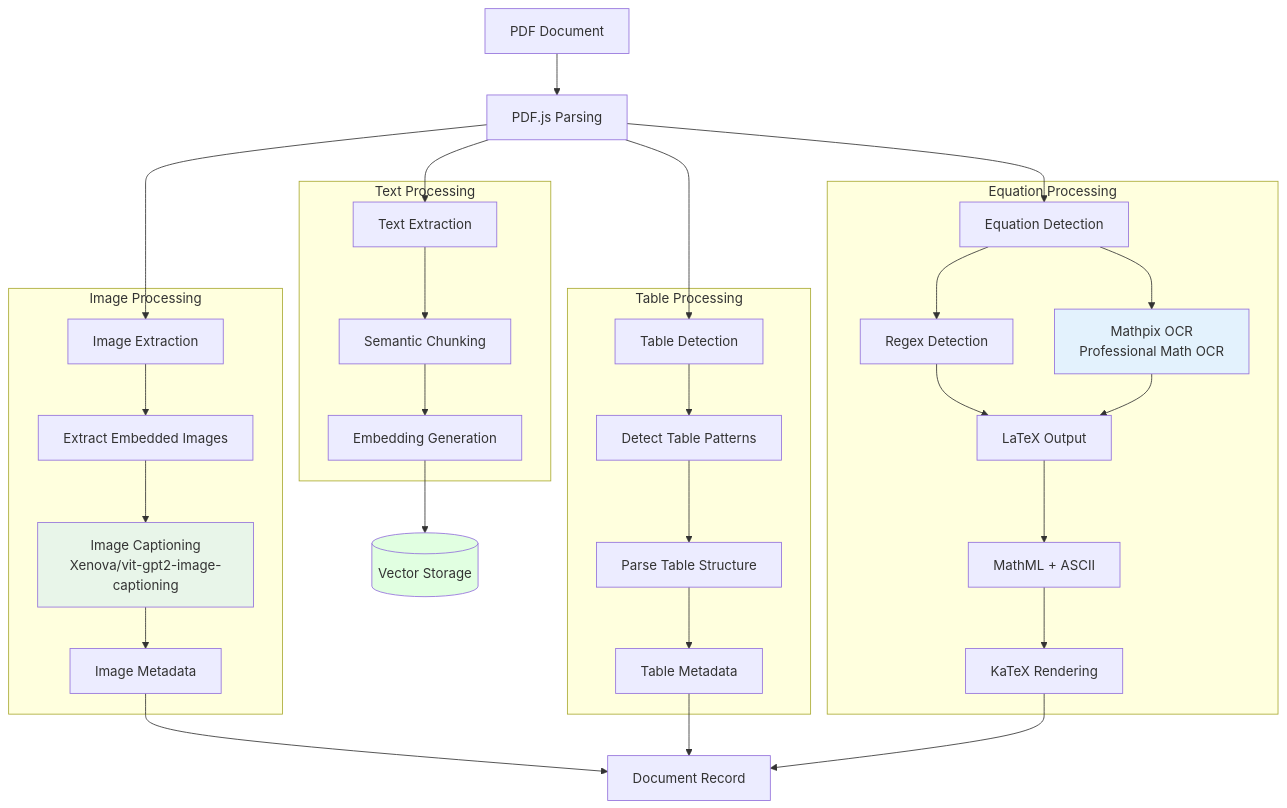
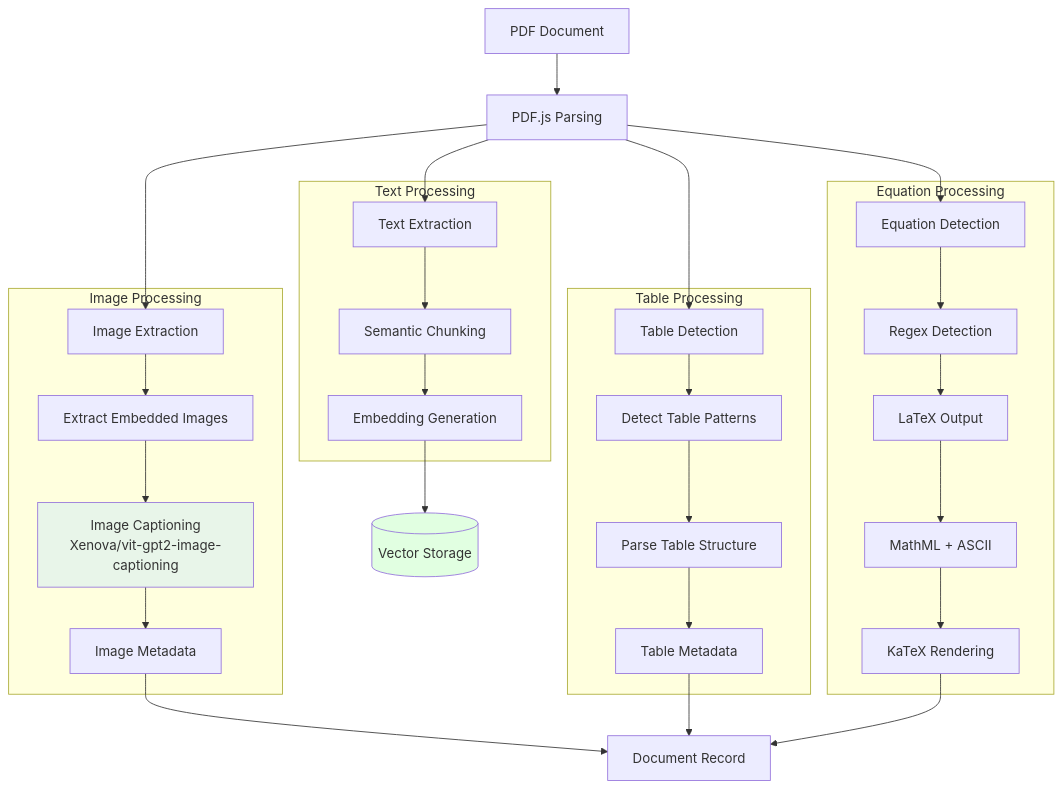
Before and after one commit to Kedhareswer/QuantumPDF_ChatApp_VectorDB: the seventh of 14 diagrams in docs/ARCHITECTURE_FLOWS.md, drawn with Mermaid. The commit also changed other lines of this file and 26 other files, not shown here.

````diff
--- a/docs/ARCHITECTURE_FLOWS.md
+++ b/docs/ARCHITECTURE_FLOWS.md
@@ -376,44 +386,41 @@
 ```mermaid
 graph TD
     START[PDF Document] --> PARSE[PDF.js Parsing]
     
     PARSE --> TEXT[Text Extraction]
     PARSE --> IMG[Image Extraction]
     PARSE --> TBL[Table Detection]
     PARSE --> EQ[Equation Detection]
     
     subgraph "Text Processing"
         TEXT --> CHUNK[Semantic Chunking]
         CHUNK --> EMB[Embedding Generation]
     end
     
     subgraph "Image Processing"
         IMG --> EXTRACT_IMG[Extract Embedded Images]
         EXTRACT_IMG --> CAPTION[Image Captioning<br/>Xenova/vit-gpt2-image-captioning]
         CAPTION --> IMG_META[Image Metadata]
     end
     
     subgraph "Table Processing"
         TBL --> DETECT_TBL[Detect Table Patterns]
         DETECT_TBL --> PARSE_TBL[Parse Table Structure]
         PARSE_TBL --> TBL_META[Table Metadata]
     end
     
     subgraph "Equation Processing"
         EQ --> REGEX[Regex Detection]
-        EQ --> MATHPIX[Mathpix OCR<br/>Professional Math OCR]
         REGEX --> LATEX[LaTeX Output]
-        MATHPIX --> LATEX
         LATEX --> MATHML[MathML + ASCII]
         MATHML --> RENDER[KaTeX Rendering]
     end
     
     EMB --> VDB[(Vector Storage)]
     IMG_META --> DOC[Document Record]
     TBL_META --> DOC
     RENDER --> DOC
     
     style CAPTION fill:#e8f5e9
-    style MATHPIX fill:#e3f2fd
     style VDB fill:#e1ffe1
 ```
````
